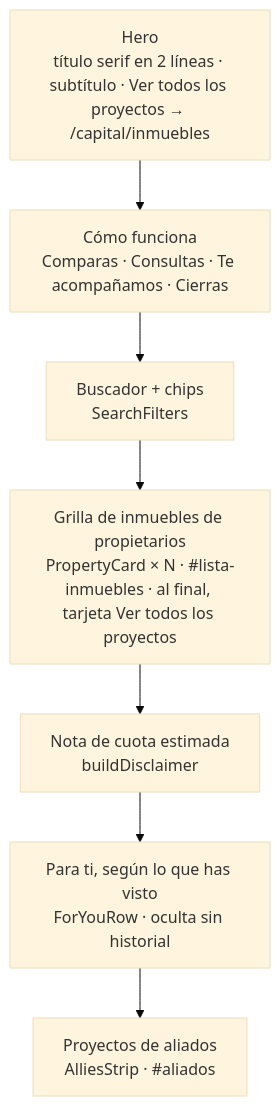
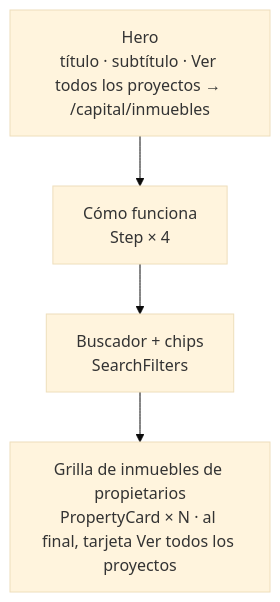
The second of 2 diagrams in docs/plataforma/02-frontend.md (samirharrytl/DHC_landing), drawn with Mermaid (base theme) before and after one commit. The commit also changed other lines of this file and 94 other files, not shown here.

````diff
--- a/docs/plataforma/02-frontend.md
+++ b/docs/plataforma/02-frontend.md
@@ -148,11 +144,8 @@
 ```mermaid
 flowchart TB
-    A["Hero<br/>título serif en 2 líneas · subtítulo · Ver todos los proyectos → /capital/inmuebles"]
-    B["Cómo funciona<br/>Comparas · Consultas · Te acompañamos · Cierras"]
+    A["Hero<br/>título · subtítulo · Ver todos los proyectos → /capital/inmuebles"]
+    B["Cómo funciona<br/>Step × 4"]
     C["Buscador + chips<br/>SearchFilters"]
-    D["Grilla de inmuebles de propietarios<br/>PropertyCard × N · #lista-inmuebles · al final, tarjeta Ver todos los proyectos"]
-    E["Nota de cuota estimada<br/>buildDisclaimer"]
-    F["Para ti, según lo que has visto<br/>ForYouRow · oculta sin historial"]
-    G["Proyectos de aliados<br/>AlliesStrip · #aliados"]
-    A --> B --> C --> D --> E --> F --> G
+    D["Grilla de inmuebles de propietarios<br/>PropertyCard × N · al final, tarjeta Ver todos los proyectos"]
+    A --> B --> C --> D
 ```
````
